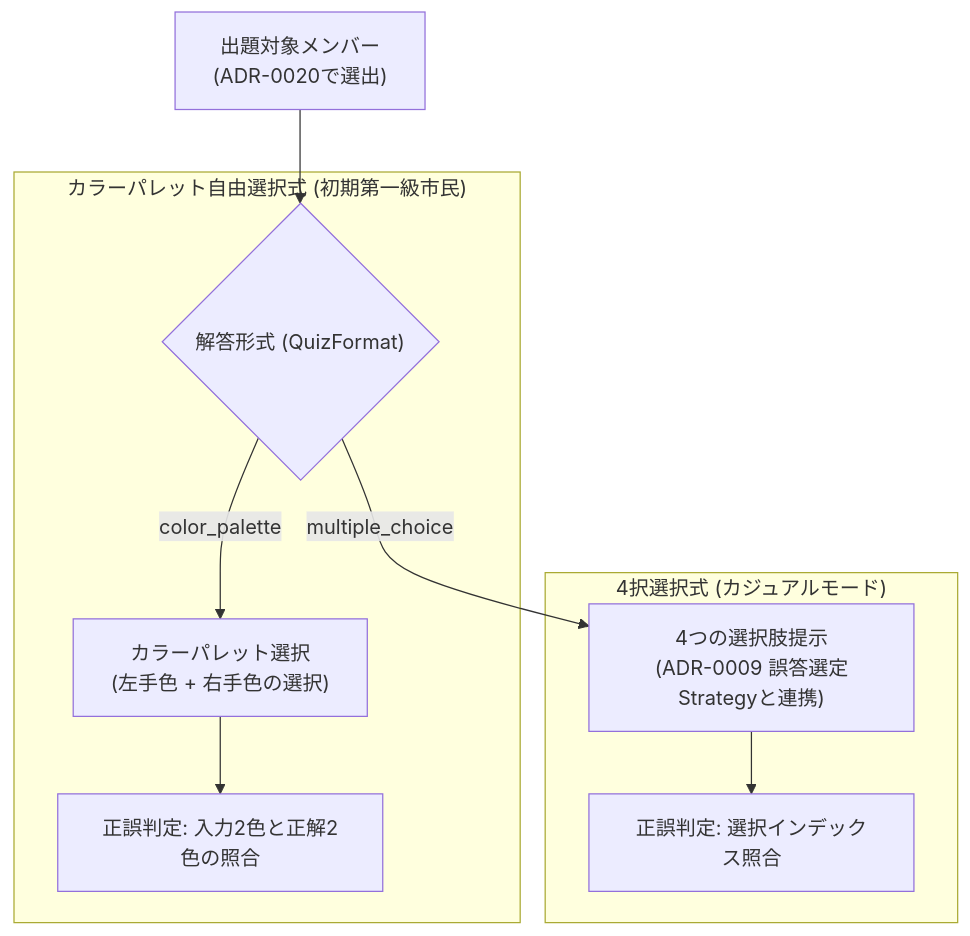
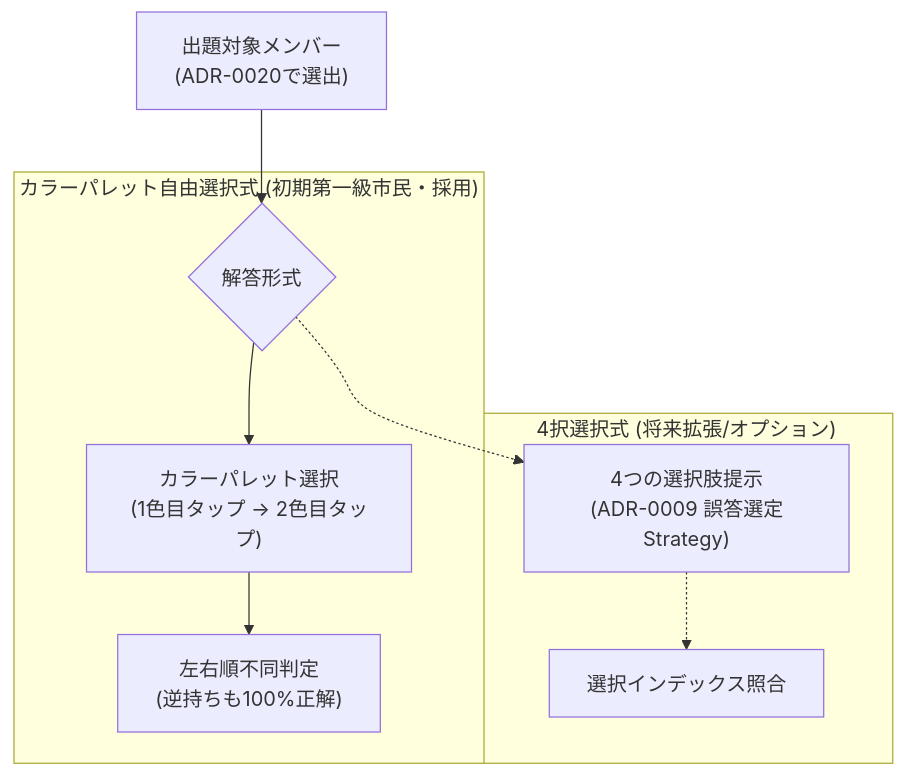
Before and after one commit to AobaIwaki123/penlight-v2: the diagram in adr/0019-quiz-format-strategy-and-color-palette-architecture.md, drawn with Mermaid. The commit also changed other lines of this file and 13 other files, not shown here.

````diff
--- a/adr/0019-quiz-format-strategy-and-color-palette-architecture.md
+++ b/adr/0019-quiz-format-strategy-and-color-palette-architecture.md
@@ -25,14 +25,14 @@
 ```mermaid
 flowchart TD
-    Target["出題対象メンバー<br/>(ADR-0020で選出)"] --> Format{"解答形式 (QuizFormat)"}
+    Target["出題対象メンバー<br/>(ADR-0020で選出)"] --> Format{"解答形式"}
     
-    subgraph Mode1 ["カラーパレット自由選択式 (初期第一級市民)"]
-        Format -->|color_palette| Pal["カラーパレット選択<br/>(左手色 + 右手色の選択)"]
-        Pal --> Ver1["正誤判定: 入力2色と正解2色の照合"]
+    subgraph Mode1 ["カラーパレット自由選択式 (初期第一級市民・採用)"]
+        Format --> Pal["カラーパレット選択<br/>(1色目タップ → 2色目タップ)"]
+        Pal --> Ver1["左右順不同判定<br/>(逆持ちも100%正解)"]
     end
 
-    subgraph Mode2 ["4択選択式 (カジュアルモード)"]
-        Format -->|multiple_choice| Opt["4つの選択肢提示<br/>(ADR-0009 誤答選定Strategyと連携)"]
-        Opt --> Ver2["正誤判定: 選択インデックス照合"]
+    subgraph Mode2 ["4択選択式 (将来拡張/オプション)"]
+        Format -.-> Opt["4つの選択肢提示<br/>(ADR-0009 誤答選定Strategy)"]
+        Opt -.-> Ver2["選択インデックス照合"]
     end
 ```
````
